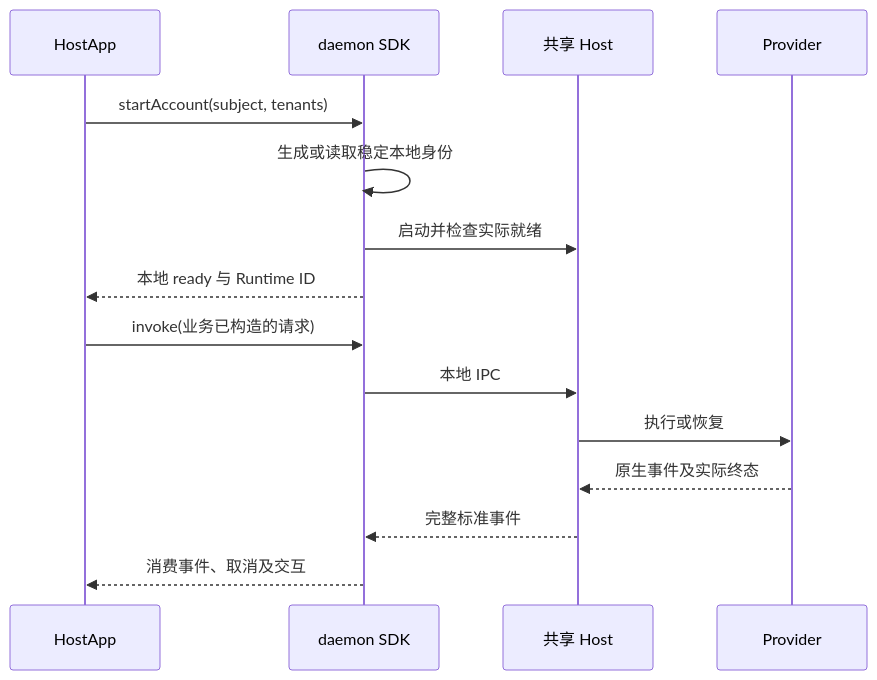
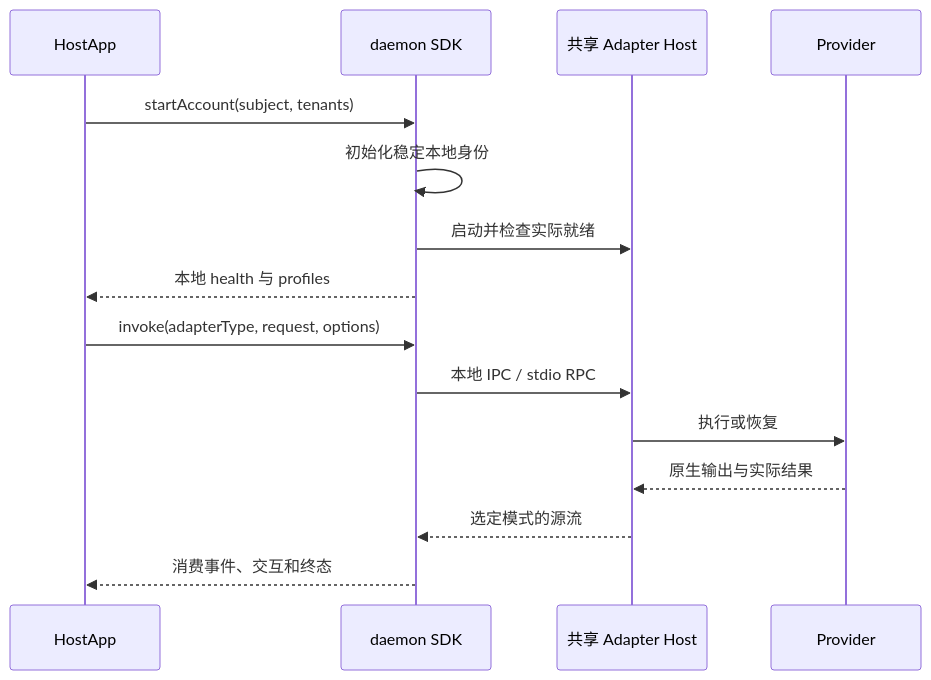
One commit to LarsonLian/octo-runtime changed the diagram in docs/02-module-and-transport-flow.md. Above: the diagram before and after it, drawn with Mermaid. The commit also changed other lines of this file and 54 other files, not shown here.

````diff
--- a/docs/02-module-and-transport-flow.md
+++ b/docs/02-module-and-transport-flow.md
@@ -7,17 +5,17 @@
 ```mermaid
 sequenceDiagram
   participant A as HostApp
   participant S as daemon SDK
-  participant H as 共享 Host
+  participant H as 共享 Adapter Host
   participant P as Provider
   A->>S: startAccount(subject, tenants)
-  S->>S: 生成或读取稳定本地身份
+  S->>S: 初始化稳定本地身份
   S->>H: 启动并检查实际就绪
-  S-->>A: 本地 ready 与 Runtime ID
-  A->>S: invoke(业务已构造的请求)
-  S->>H: 本地 IPC
+  S-->>A: 本地 health 与 profiles
+  A->>S: invoke(adapterType, request, options)
+  S->>H: 本地 IPC / stdio RPC
   H->>P: 执行或恢复
-  P-->>H: 原生事件及实际终态
-  H-->>S: 完整标准事件
-  S-->>A: 消费事件、取消及交互
+  P-->>H: 原生输出与实际结果
+  H-->>S: 选定模式的源流
+  S-->>A: 消费事件、交互和终态
 ```
````
